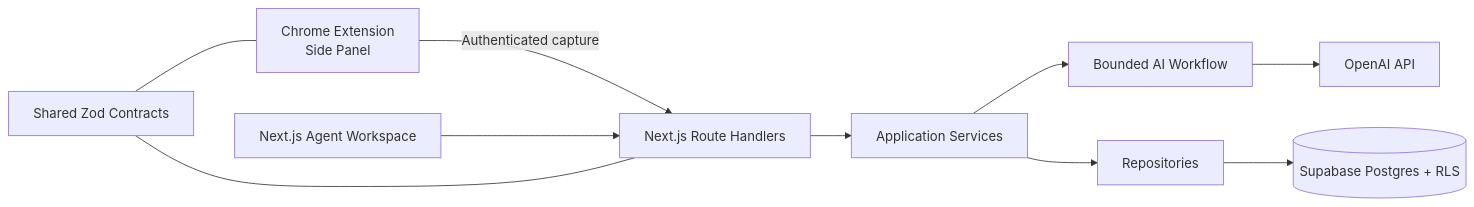
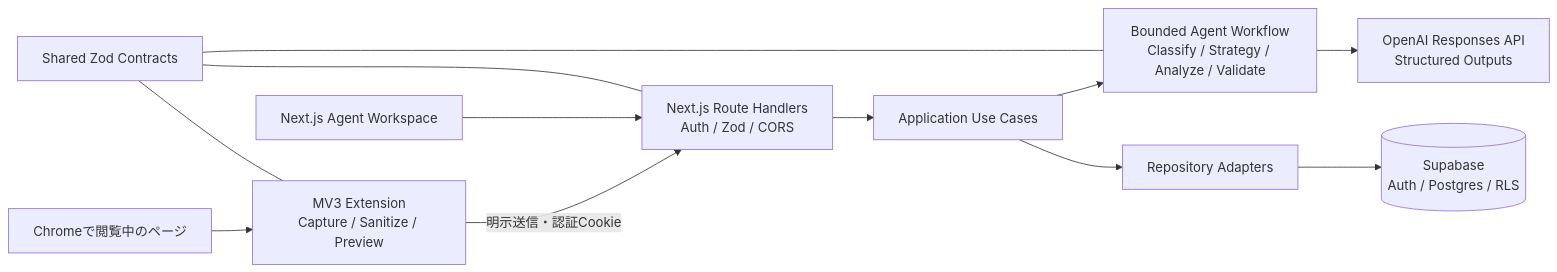
The diagram in README.md (gan-tech-hub/AIWebScout), drawn with Mermaid before and after one commit. The commit also changed other lines of this file and 26 other files, not shown here.

````diff
--- a/README.md
+++ b/README.md
@@ -22,12 +25,14 @@
 ```mermaid
 flowchart LR
-  C[Chrome Extension\nSide Panel] -->|Authenticated capture| API[Next.js Route Handlers]
-  API --> APP[Application Services]
-  APP --> AGENT[Bounded AI Workflow]
-  AGENT --> OPENAI[OpenAI API]
-  APP --> REPO[Repositories]
-  REPO --> DB[(Supabase Postgres + RLS)]
-  WEB[Next.js Agent Workspace] --> API
-  SHARED[Shared Zod Contracts] --- C
-  SHARED --- API
+  PAGE["Chromeで閲覧中のページ"] --> EXT["MV3 Extension<br/>Capture / Sanitize / Preview"]
+  EXT -->|"明示送信・認証Cookie"| ROUTE["Next.js Route Handlers<br/>Auth / Zod / CORS"]
+  UI["Next.js Agent Workspace"] --> ROUTE
+  ROUTE --> USECASE["Application Use Cases"]
+  USECASE --> AGENT["Bounded Agent Workflow<br/>Classify / Strategy / Analyze / Validate"]
+  AGENT --> OPENAI["OpenAI Responses API<br/>Structured Outputs"]
+  USECASE --> REPO["Repository Adapters"]
+  REPO --> SUPABASE[("Supabase<br/>Auth / Postgres / RLS")]
+  SHARED["Shared Zod Contracts"] --- EXT
+  SHARED --- ROUTE
+  SHARED --- AGENT
 ```
````
